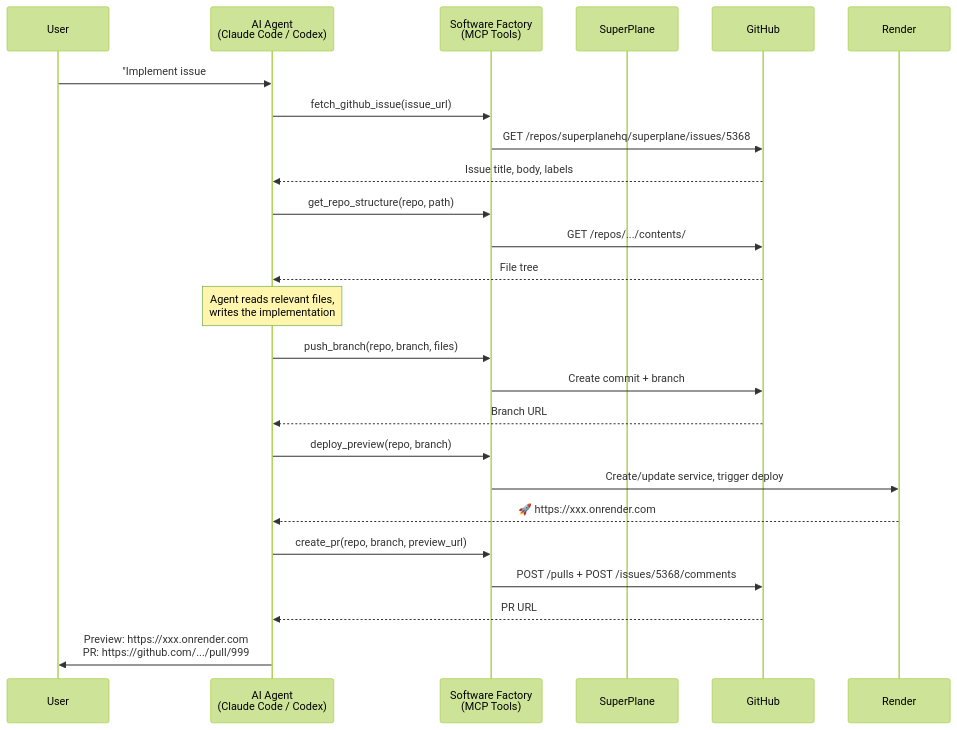
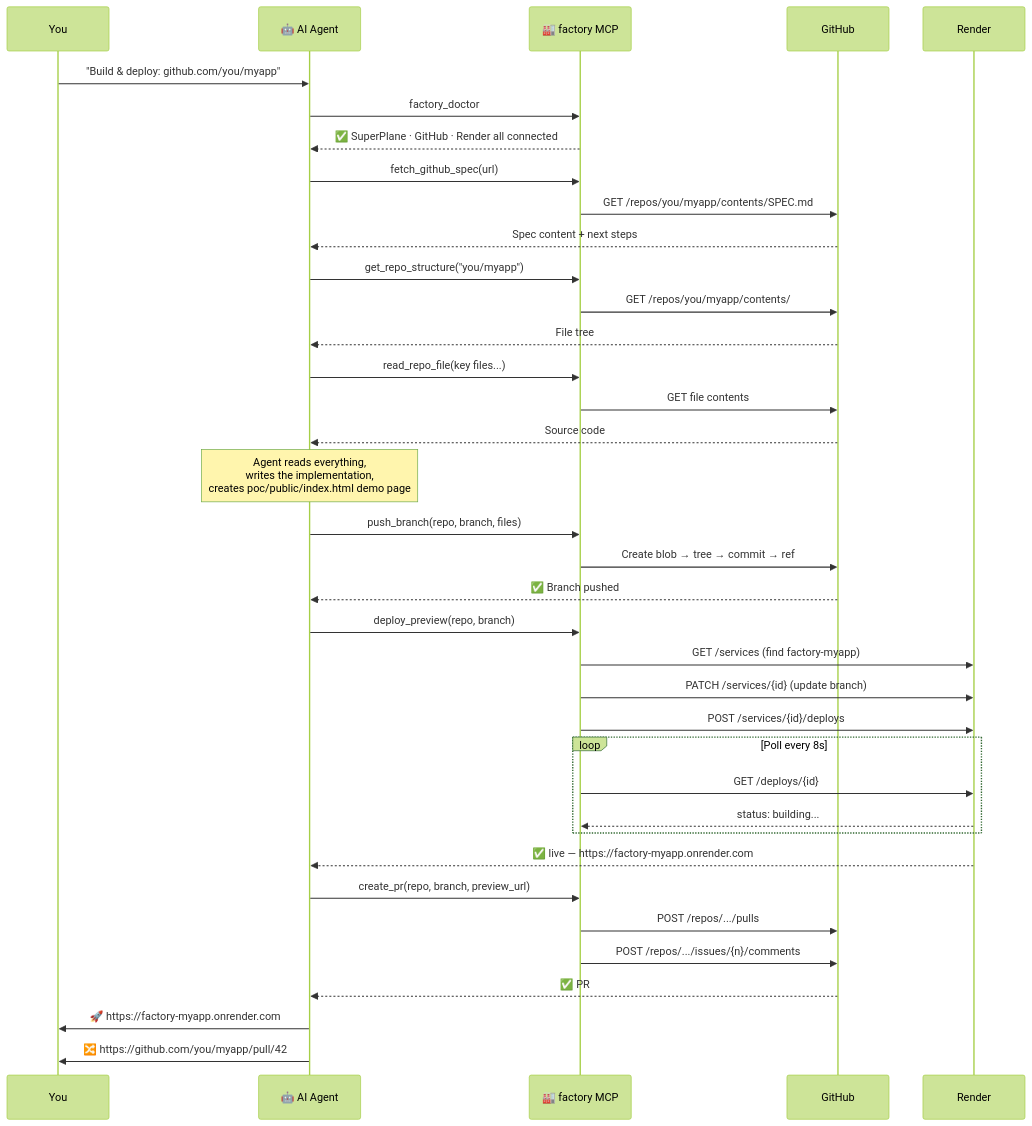
The third of 8 diagrams in README.md (hongchengw/superplane-render-nyc-hack), drawn with Mermaid (forest theme) before and after one commit. The commit also changed other lines of this file, not shown here.

First line of the commit message:
docs: comprehensive README with 7 Mermaid diagrams

````diff
--- a/README.md
+++ b/README.md
@@ -147,35 +136,49 @@
 ```mermaid
 sequenceDiagram
-    participant User
-    participant Agent as AI Agent<br/>(Claude Code / Codex)
-    participant MCP as Software Factory<br/>(MCP Tools)
-    participant SP as SuperPlane
+    participant You
+    participant Agent as 🤖 AI Agent
+    participant MCP as 🏭 factory MCP
     participant GH as GitHub
     participant RE as Render
 
-    User->>Agent: "Implement issue #5368 and deploy"
+    You->>Agent: "Build & deploy: github.com/you/myapp"
 
-    Agent->>MCP: fetch_github_issue(issue_url)
-    MCP->>GH: GET /repos/superplanehq/superplane/issues/5368
-    GH-->>Agent: Issue title, body, labels
+    Agent->>MCP: factory_doctor
+    MCP-->>Agent: ✅ SuperPlane · GitHub · Render all connected
 
-    Agent->>MCP: get_repo_structure(repo, path)
-    MCP->>GH: GET /repos/.../contents/
+    Agent->>MCP: fetch_github_spec(url)
+    MCP->>GH: GET /repos/you/myapp/contents/SPEC.md
+    GH-->>Agent: Spec content + next steps
+
+    Agent->>MCP: get_repo_structure("you/myapp")
+    MCP->>GH: GET /repos/you/myapp/contents/
     GH-->>Agent: File tree
 
-    Note over Agent: Agent reads relevant files,<br/>writes the implementation
+    Agent->>MCP: read_repo_file(key files...)
+    MCP->>GH: GET file contents
+    GH-->>Agent: Source code
+
+    Note over Agent: Agent reads everything,<br/>writes the implementation,<br/>creates poc/public/index.html demo page
 
     Agent->>MCP: push_branch(repo, branch, files)
-    MCP->>GH: Create commit + branch
-    GH-->>Agent: Branch URL
+    MCP->>GH: Create blob → tree → commit → ref
+    GH-->>Agent: ✅ Branch pushed
 
     Agent->>MCP: deploy_preview(repo, branch)
-    MCP->>RE: Create/update service, trigger deploy
-    RE-->>Agent: 🚀 https://xxx.onrender.com
+    MCP->>RE: GET /services (find factory-myapp)
+    MCP->>RE: PATCH /services/{id} (update branch)
+    MCP->>RE: POST /services/{id}/deploys
+    loop Poll every 8s
+        MCP->>RE: GET /deploys/{id}
+        RE-->>MCP: status: building...
+    end
+    RE-->>Agent: ✅ live — https://factory-myapp.onrender.com
 
     Agent->>MCP: create_pr(repo, branch, preview_url)
-    MCP->>GH: POST /pulls + POST /issues/5368/comments
-    GH-->>Agent: PR URL
+    MCP->>GH: POST /repos/.../pulls
+    MCP->>GH: POST /repos/.../issues/{n}/comments
+    GH-->>Agent: ✅ PR #42 + comment posted
 
-    Agent->>User: Preview: https://xxx.onrender.com<br/>PR: https://github.com/.../pull/999
+    Agent->>You: 🚀 https://factory-myapp.onrender.com
+    Agent->>You: 🔀 https://github.com/you/myapp/pull/42
 ```
````
